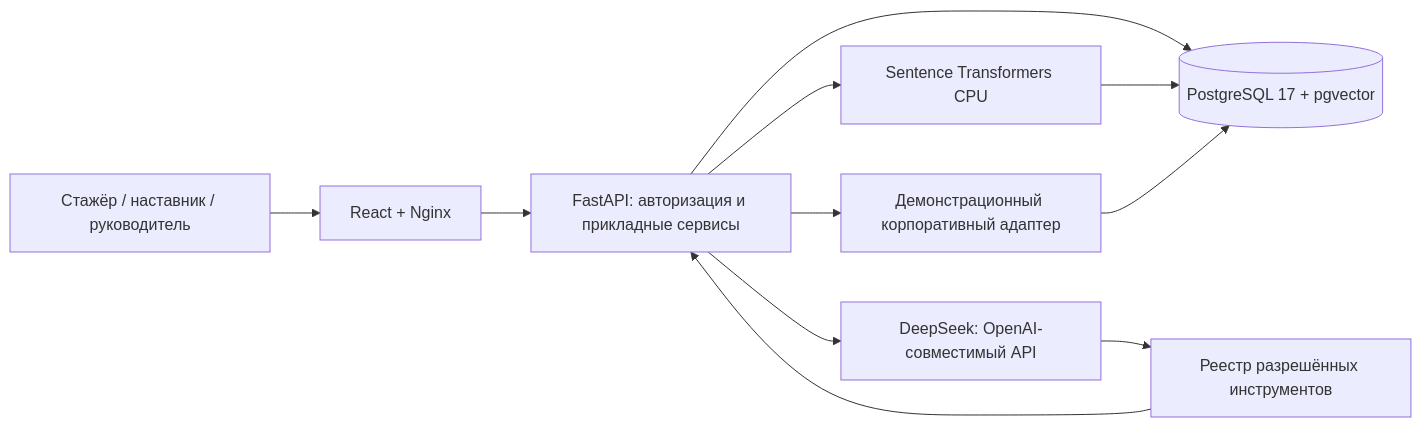
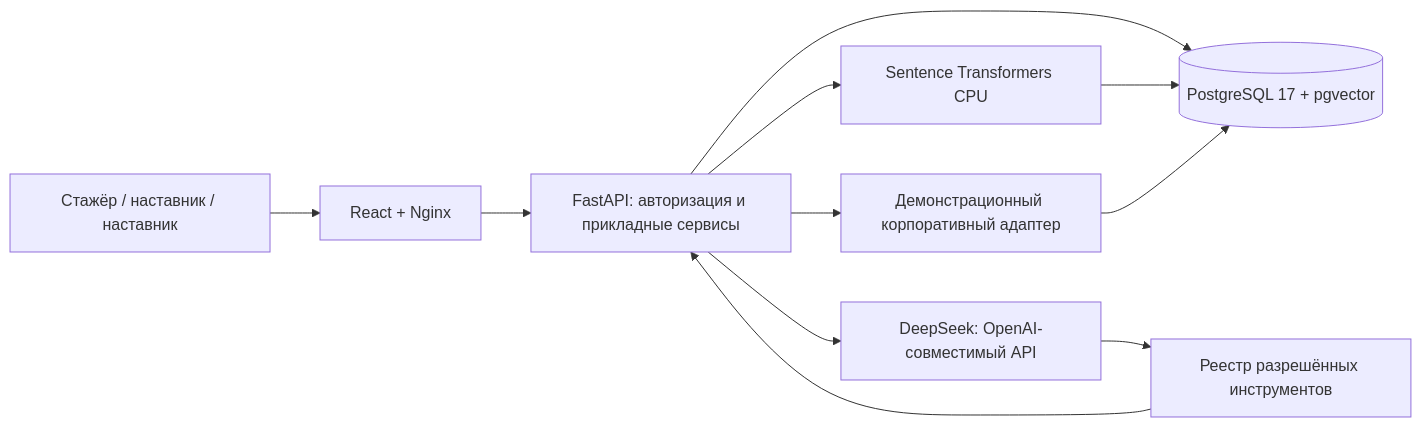
One commit to ilasaa/ai-buddy changed the diagram in README.md. Above: the diagram before and after it, drawn with Mermaid. The commit also changed other lines of this file and 46 other files, not shown here.

````diff
--- a/README.md
+++ b/README.md
@@ -23,13 +26,13 @@
 ```mermaid
 flowchart LR
-    U[Стажёр / наставник / руководитель] --> F[React + Nginx]
+    U[Стажёр / наставник / наставник] --> F[React + Nginx]
     F --> B[FastAPI: авторизация и прикладные сервисы]
     B --> P[(PostgreSQL 17 + pgvector)]
     B --> E[Sentence Transformers CPU]
     E --> P
     B --> L[DeepSeek: OpenAI-совместимый API]
     L --> T[Реестр разрешённых инструментов]
     T --> B
     B --> A[Демонстрационный корпоративный адаптер]
     A --> P
 ```
````
